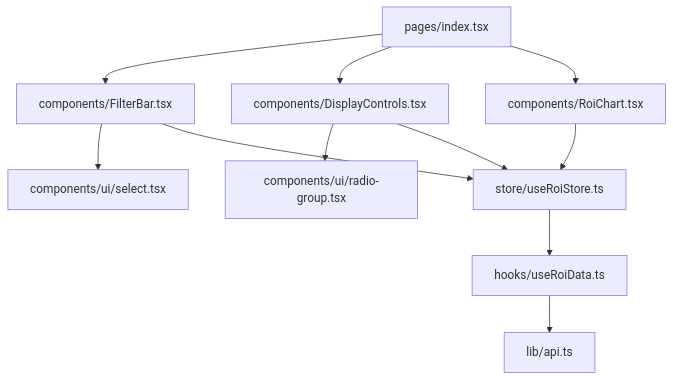
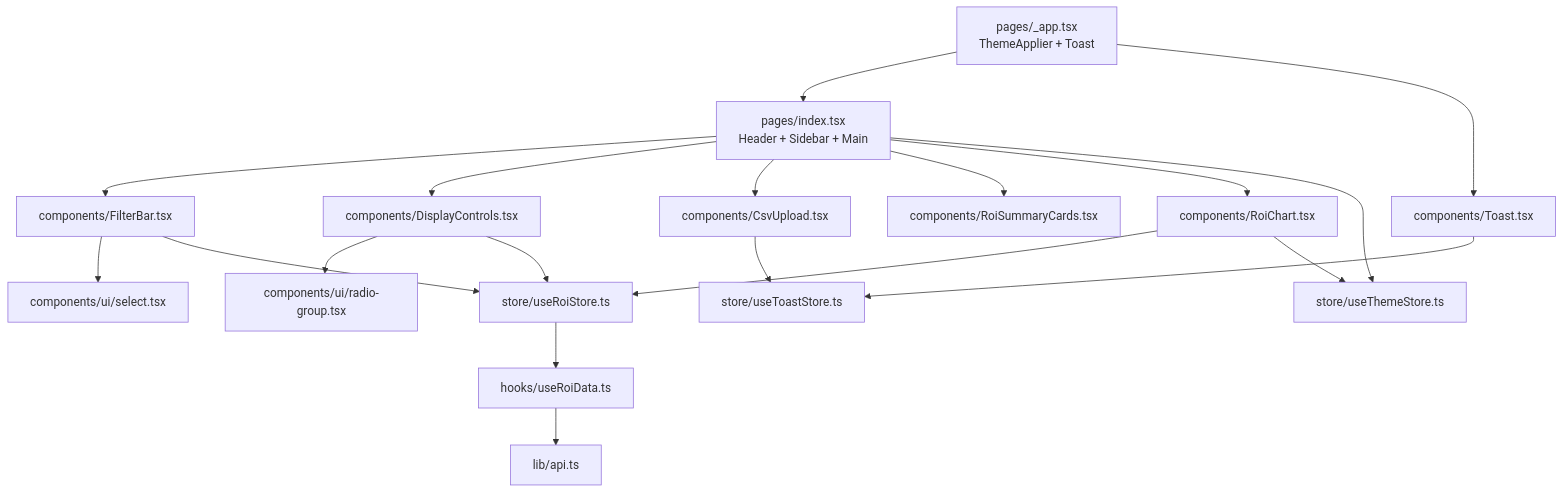
The third of 4 diagrams in DESIGN.md (ccforeverd/demo-of-app-roi), drawn with Mermaid before and after one commit. The commit also changed other lines of this file and 4 other files, not shown here.

````diff
--- a/DESIGN.md
+++ b/DESIGN.md
@@ -276,23 +285,37 @@
 ```mermaid
 flowchart TB
-  Page[pages/index.tsx]
+  App[pages/_app.tsx<br/>ThemeApplier + Toast]
+  Page[pages/index.tsx<br/>Header + Sidebar + Main]
   Filter[components/FilterBar.tsx]
   Controls[components/DisplayControls.tsx]
   Chart[components/RoiChart.tsx]
-  Store[store/useRoiStore.ts]
+  Summary[components/RoiSummaryCards.tsx]
+  Upload[components/CsvUpload.tsx]
+  ToastComp[components/Toast.tsx]
+  ThemeStore[store/useThemeStore.ts]
+  ToastStore[store/useToastStore.ts]
+  RoiStore[store/useRoiStore.ts]
   Hook[hooks/useRoiData.ts]
   Api[lib/api.ts]
   UI1[components/ui/select.tsx]
   UI2[components/ui/radio-group.tsx]
 
+  App --> Page
+  App --> ToastComp
   Page --> Filter
   Page --> Controls
+  Page --> Upload
+  Page --> Summary
   Page --> Chart
   Filter --> UI1
   Controls --> UI2
-  Filter --> Store
-  Controls --> Store
-  Chart --> Store
-  Store --> Hook
+  Filter --> RoiStore
+  Controls --> RoiStore
+  Chart --> RoiStore
+  Chart --> ThemeStore
+  Upload --> ToastStore
+  ToastComp --> ToastStore
+  Page --> ThemeStore
+  RoiStore --> Hook
   Hook --> Api
 ```
````
